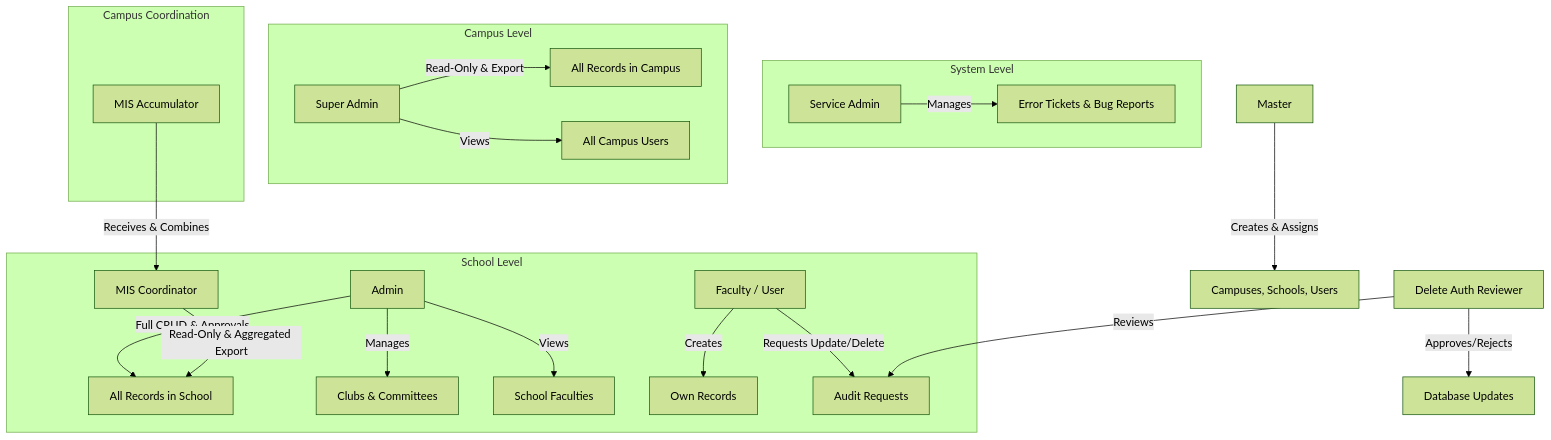
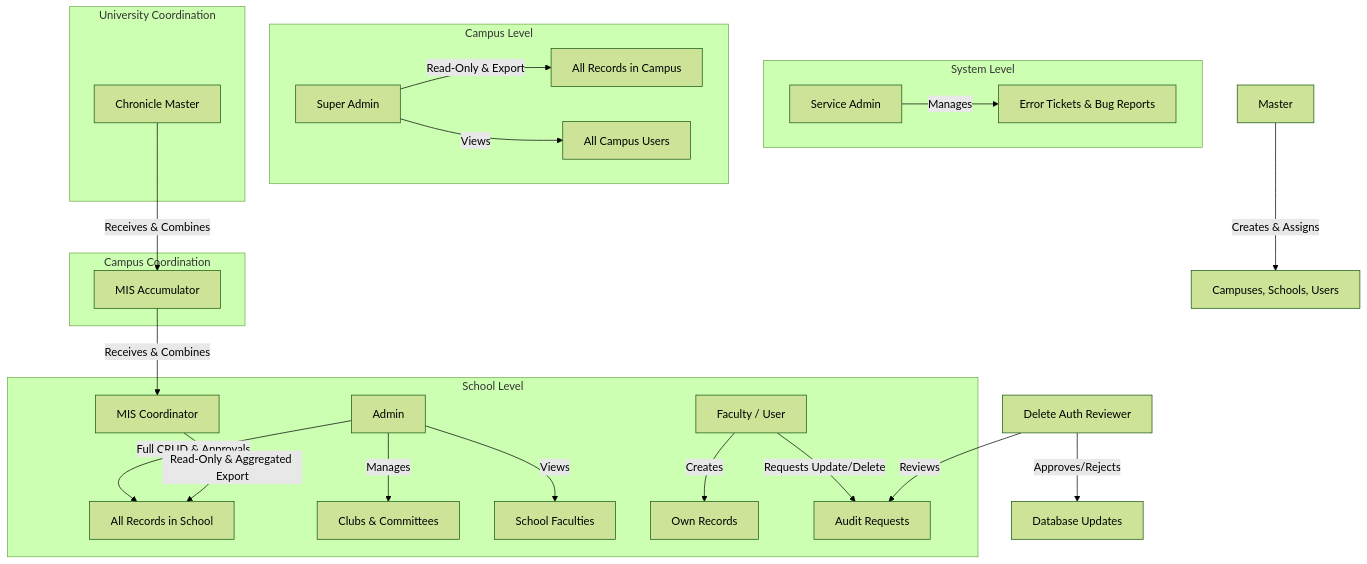
Before and after one commit to aarushchaudhary/nmpralekh: the second of 5 diagrams in README.md, drawn with Mermaid (forest theme). The commit also changed other lines of this file and 6 other files, not shown here.

Commit message:
Enhance error tickets and user feedback UI, update README and schema

````diff
--- a/README.md
+++ b/README.md
@@ -156,31 +156,35 @@
 ```mermaid
 graph TD
     master[Master] -->|Creates & Assigns| campuses[Campuses, Schools, Users]
     
     subgraph System Level
         service_admin[Service Admin] -->|Manages| errors[Error Tickets & Bug Reports]
     end
     
     subgraph Campus Level
         super_admin[Super Admin] -->|Read-Only & Export| all_records[All Records in Campus]
         super_admin -->|Views| campus_users[All Campus Users]
     end
     
     subgraph School Level
         admin[Admin] -->|Full CRUD & Approvals| school_records[All Records in School]
         admin -->|Manages| clubs[Clubs & Committees]
         admin -->|Views| school_faculties[School Faculties]
         
         faculty[Faculty / User] -->|Creates| own_records[Own Records]
         faculty -->|Requests Update/Delete| edit_requests[Audit Requests]
         
         mis_coord[MIS Coordinator] -->|Read-Only & Aggregated Export| school_records
     end
     
     subgraph Campus Coordination
         mis_accumulator[MIS Accumulator] -->|Receives & Combines| mis_coord
     end
     
+    subgraph University Coordination
+        chronicle_master[Chronicle Master] -->|Receives & Combines| mis_accumulator
+    end
+    
     delete_auth[Delete Auth Reviewer] -->|Reviews| edit_requests
     delete_auth -->|Approves/Rejects| DB_updates[Database Updates]
 ```
````
